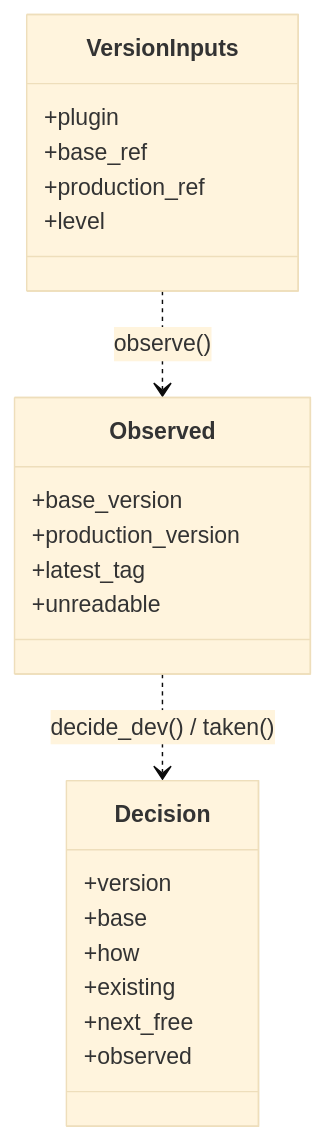
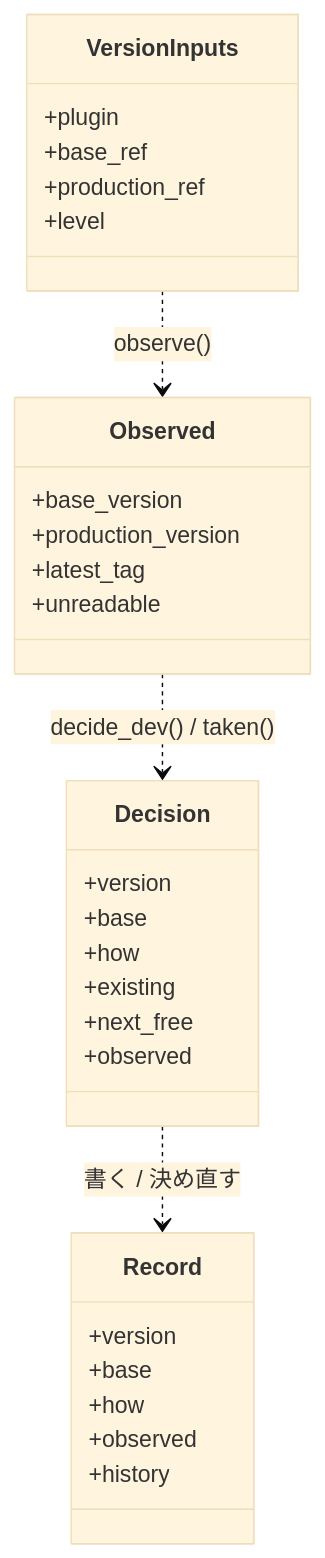
Before and after one commit to devbasex/ai-plugins: the second of 3 diagrams in issues/issue-2164-design.md, drawn with Mermaid (base theme). The commit also changed other lines of this file and 2 other files, not shown here.

````diff
--- a/issues/issue-2164-design.md
+++ b/issues/issue-2164-design.md
@@ -150,25 +154,33 @@
 ```mermaid
 classDiagram
     class VersionInputs {
         +plugin
         +base_ref
         +production_ref
         +level
     }
     class Observed {
         +base_version
         +production_version
         +latest_tag
         +unreadable
     }
     class Decision {
         +version
         +base
         +how
         +existing
         +next_free
         +observed
     }
+    class Record {
+        +version
+        +base
+        +how
+        +observed
+        +history
+    }
     VersionInputs ..> Observed : observe()
     Observed ..> Decision : decide_dev() / taken()
+    Decision ..> Record : 書く / 決め直す
 ```
````
